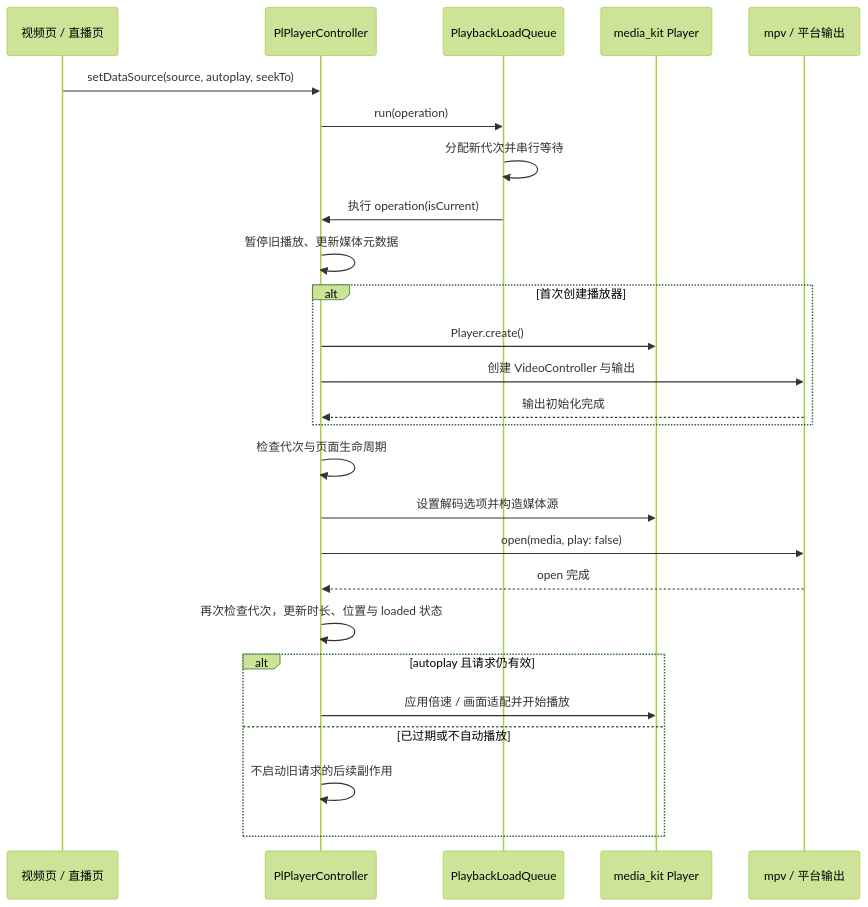
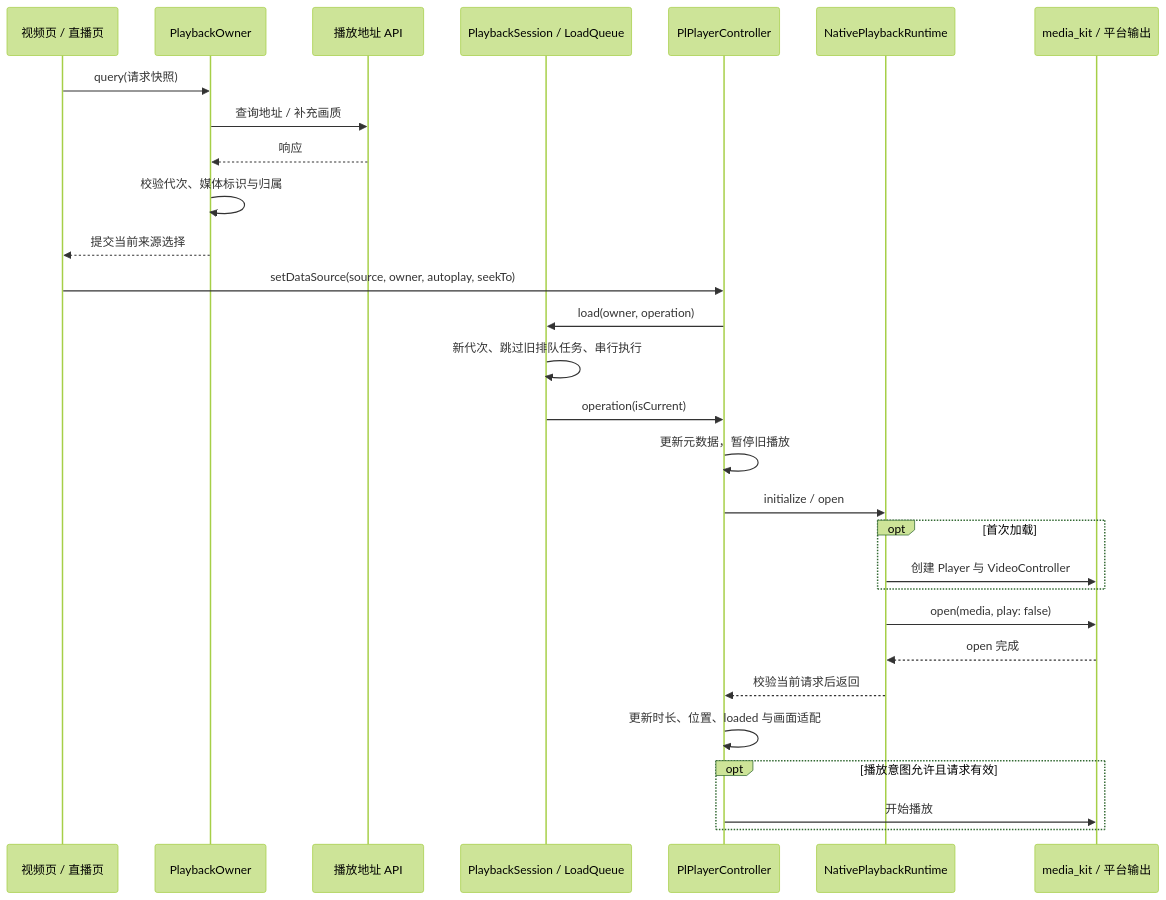
Before and after one commit to Arukasaeled/PiliAurora: the third of 7 diagrams in doc/runtime-flows.md, drawn with Mermaid (forest theme). The commit also changed other lines of this file and 27 other files, not shown here.

````diff
--- a/doc/runtime-flows.md
+++ b/doc/runtime-flows.md
@@ -79,29 +81,32 @@
 ```mermaid
 sequenceDiagram
     participant Page as 视频页 / 直播页
+    participant Owner as PlaybackOwner
+    participant Http as 播放地址 API
+    participant Session as PlaybackSession / LoadQueue
     participant C as PlPlayerController
-    participant Q as PlaybackLoadQueue
-    participant P as media_kit Player
-    participant Native as mpv / 平台输出
+    participant Runtime as NativePlaybackRuntime
+    participant P as media_kit / 平台输出
 
-    Page->>C: setDataSource(source, autoplay, seekTo)
-    C->>Q: run(operation)
-    Q->>Q: 分配新代次并串行等待
-    Q->>C: 执行 operation(isCurrent)
-    C->>C: 暂停旧播放、更新媒体元数据
-    alt 首次创建播放器
-        C->>P: Player.create()
-        C->>Native: 创建 VideoController 与输出
-        Native-->>C: 输出初始化完成
+    Page->>Owner: query(请求快照)
+    Owner->>Http: 查询地址 / 补充画质
+    Http-->>Owner: 响应
+    Owner->>Owner: 校验代次、媒体标识与归属
+    Owner-->>Page: 提交当前来源选择
+    Page->>C: setDataSource(source, owner, autoplay, seekTo)
+    C->>Session: load(owner, operation)
+    Session->>Session: 新代次、跳过旧排队任务、串行执行
+    Session->>C: operation(isCurrent)
+    C->>C: 更新元数据，暂停旧播放
+    C->>Runtime: initialize / open
+    opt 首次加载
+        Runtime->>P: 创建 Player 与 VideoController
     end
-    C->>C: 检查代次与页面生命周期
-    C->>P: 设置解码选项并构造媒体源
-    C->>Native: open(media, play: false)
-    Native-->>C: open 完成
-    C->>C: 再次检查代次，更新时长、位置与 loaded 状态
-    alt autoplay 且请求仍有效
-        C->>P: 应用倍速 / 画面适配并开始播放
-    else 已过期或不自动播放
-        C->>C: 不启动旧请求的后续副作用
+    Runtime->>P: open(media, play: false)
+    P-->>Runtime: open 完成
+    Runtime-->>C: 校验当前请求后返回
+    C->>C: 更新时长、位置、loaded 与画面适配
+    opt 播放意图允许且请求有效
+        C->>P: 开始播放
     end
 ```
````
